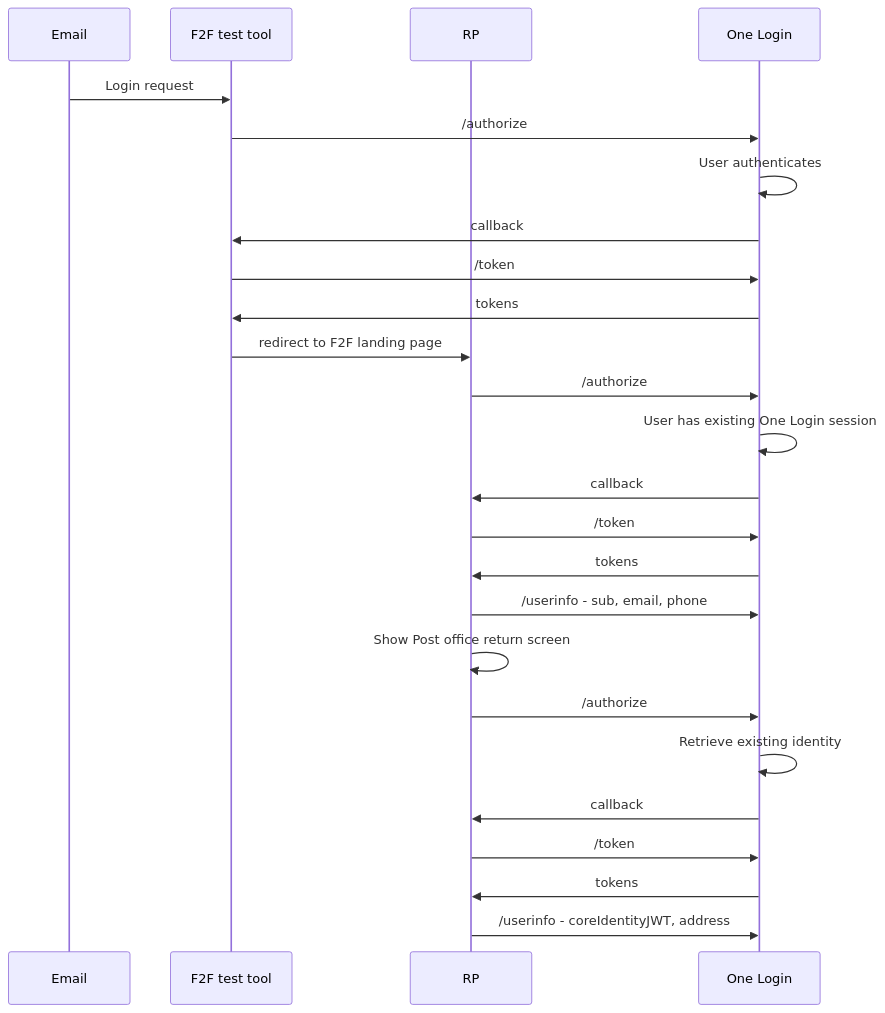
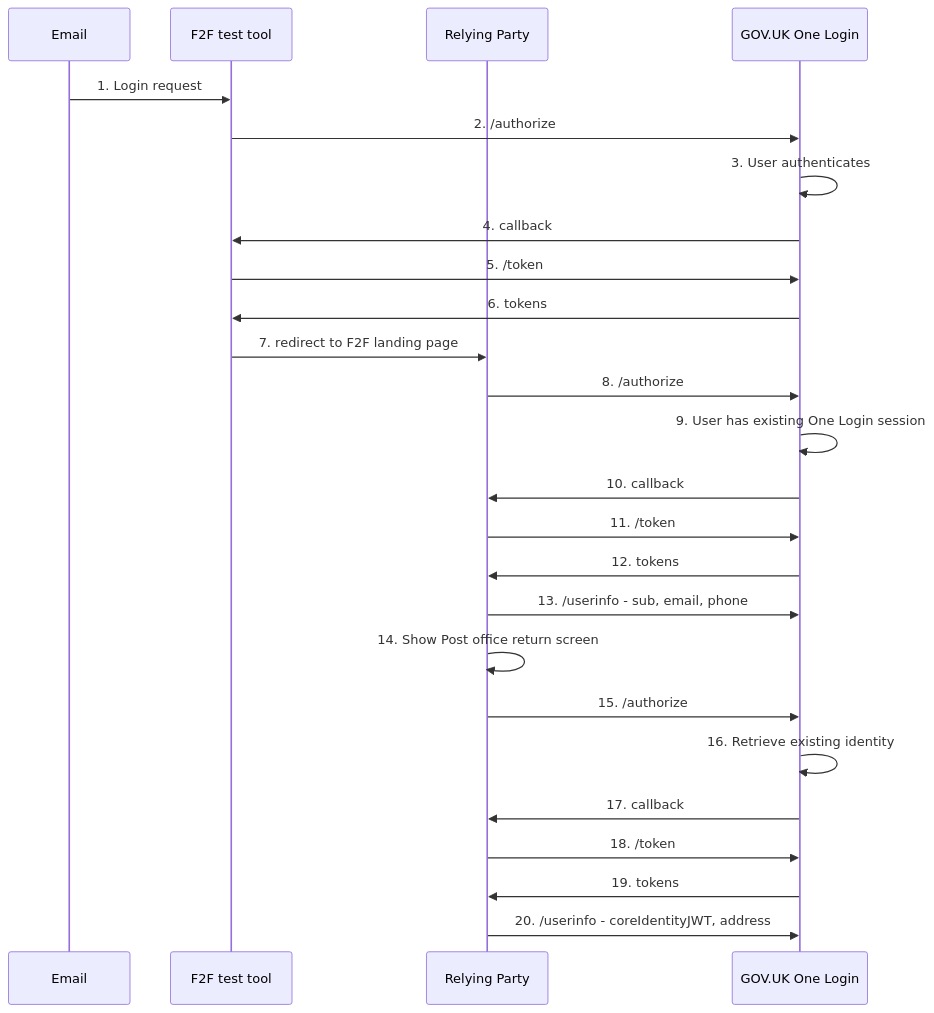
Before and after one commit to govuk-one-login/onboarding-examples: the second of 2 diagrams in tools/f2f-test/README.md, drawn with Mermaid. The commit also changed other lines of this file, not shown here.

````diff
--- a/tools/f2f-test/README.md
+++ b/tools/f2f-test/README.md
@@ -71,29 +57,29 @@
 ```mermaid
 
 sequenceDiagram
     participant E as Email
     participant F as F2F test tool    
-    participant R as RP
-    participant O as One Login
-    E->>F: Login request
-    F->>O: /authorize
-    O->>O: User authenticates
-    O->>F: callback
-    F->>O: /token
-    O->>F: tokens
-    F->>R: redirect to F2F landing page
-    R->>O: /authorize
-    O->>O: User has existing One Login session
-    O->>R: callback
-    R->>O: /token
-    O->>R: tokens
-    R->>O: /userinfo - sub, email, phone
-    R->>R: Show Post office return screen
-    R->>O: /authorize
-    O->>O: Retrieve existing identity
-    O->>R: callback
-    R->>O: /token
-    O->>R: tokens
-    R->>O: /userinfo - coreIdentityJWT, address
+    participant R as Relying Party
+    participant O as GOV.UK One Login
+    E->>F: 1. Login request
+    F->>O: 2. /authorize
+    O->>O: 3. User authenticates
+    O->>F: 4. callback
+    F->>O: 5. /token
+    O->>F: 6. tokens
+    F->>R: 7. redirect to F2F landing page
+    R->>O: 8. /authorize
+    O->>O: 9. User has existing One Login session
+    O->>R: 10. callback
+    R->>O: 11. /token
+    O->>R: 12. tokens
+    R->>O: 13. /userinfo - sub, email, phone
+    R->>R: 14. Show Post office return screen
+    R->>O: 15. /authorize
+    O->>O: 16. Retrieve existing identity
+    O->>R: 17. callback
+    R->>O: 18. /token
+    O->>R: 19. tokens
+    R->>O: 20. /userinfo - coreIdentityJWT, address
 
 ```
````
